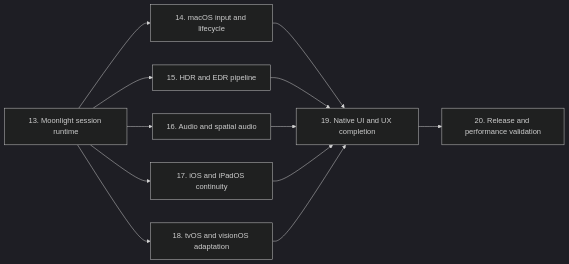
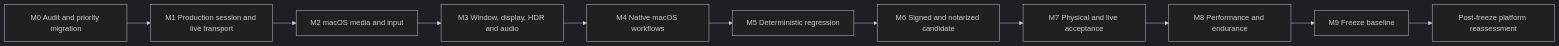
The diagram in docs/runtime-completion-roadmap.md (ruabbit/LuneX), drawn with Mermaid (dark theme) before and after one commit. The commit also changed other lines of this file and 10 other files, not shown here.

Commit message:
Prioritize macOS product completion

````diff
--- a/docs/runtime-completion-roadmap.md
+++ b/docs/runtime-completion-roadmap.md
@@ -18,14 +24,13 @@
 ```mermaid
 flowchart LR
-    R["13. Moonlight session runtime"] --> M["14. macOS input and lifecycle"]
-    R --> H["15. HDR and EDR pipeline"]
-    R --> A["16. Audio and spatial audio"]
-    R --> C["17. iOS and iPadOS continuity"]
-    R --> T["18. tvOS and visionOS adaptation"]
-    M --> U["19. Native UI and UX completion"]
-    H --> U
-    A --> U
-    C --> U
-    T --> U
-    U --> V["20. Release and performance validation"]
+    M0["M0 Audit and priority migration"] --> M1["M1 Production session and live transport"]
+    M1 --> M2["M2 macOS media and input"]
+    M2 --> M3["M3 Window, display, HDR and audio"]
+    M3 --> M4["M4 Native macOS workflows"]
+    M4 --> M5["M5 Deterministic regression"]
+    M5 --> M6["M6 Signed and notarized candidate"]
+    M6 --> M7["M7 Physical and live acceptance"]
+    M7 --> M8["M8 Performance and endurance"]
+    M8 --> M9["M9 Freeze baseline"]
+    M9 --> P["Post-freeze platform reassessment"]
 ```
````
